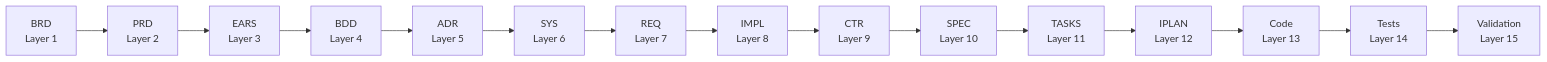
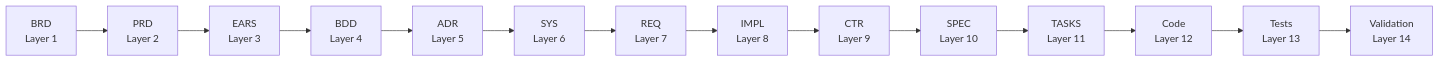
The first of 5 diagrams in ai_dev_flow/README.md (vladm3105/aidoc-flow-framework), drawn with Mermaid before and after one commit. The commit also changed other lines of this file and 52 other files, not shown here.

First line of the commit message:
docs: mark IPLAN as deprecated in corpus validation docs

````diff
--- a/ai_dev_flow/README.md
+++ b/ai_dev_flow/README.md
@@ -235,17 +234,16 @@
 ```mermaid
 flowchart LR
     BRD[BRD<br/>Layer 1] --> PRD[PRD<br/>Layer 2]
     PRD --> EARS[EARS<br/>Layer 3]
     EARS --> BDD[BDD<br/>Layer 4]
     BDD --> ADR[ADR<br/>Layer 5]
     ADR --> SYS[SYS<br/>Layer 6]
     SYS --> REQ[REQ<br/>Layer 7]
     REQ --> IMPL[IMPL<br/>Layer 8]
     IMPL --> CTR[CTR<br/>Layer 9]
     CTR --> SPEC[SPEC<br/>Layer 10]
     SPEC --> TASKS[TASKS<br/>Layer 11]
-    TASKS --> IPLAN[IPLAN<br/>Layer 12]
-    IPLAN --> Code[Code<br/>Layer 13]
-    Code --> Tests[Tests<br/>Layer 14]
-    Tests --> Val[Validation<br/>Layer 15]
+    TASKS --> Code[Code<br/>Layer 12]
+    Code --> Tests[Tests<br/>Layer 13]
+    Tests --> Val[Validation<br/>Layer 14]
 ```
````
